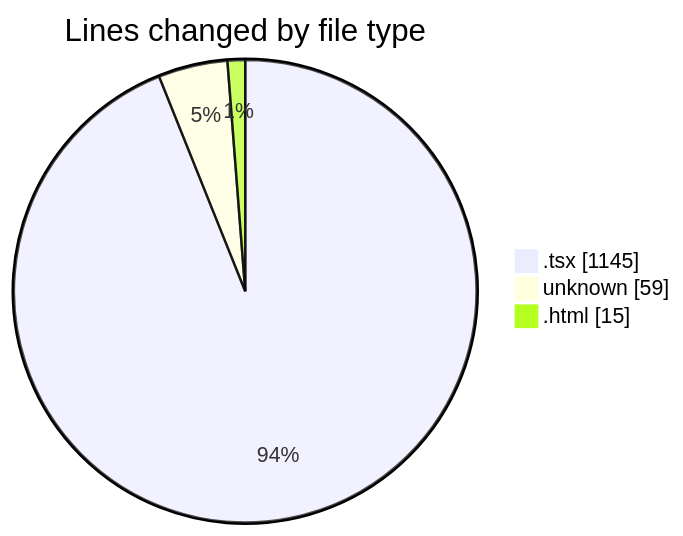
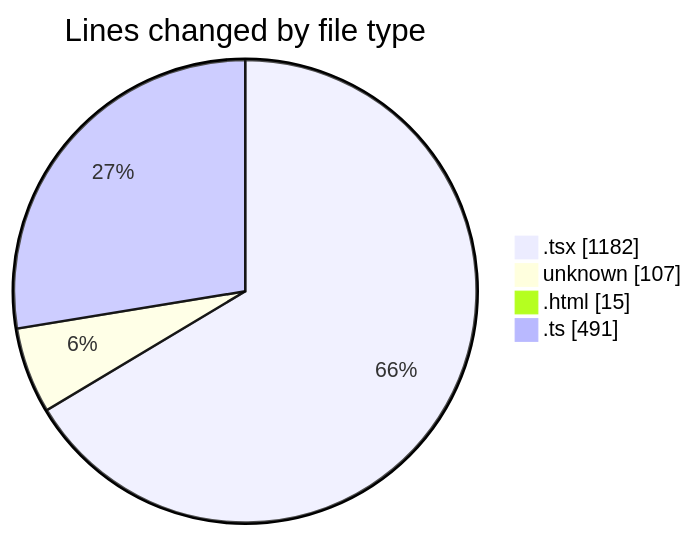
The first of 2 diagrams in 2025-06-23/archive/README.md (JenPaints/code-tracking), drawn with Mermaid before and after one commit. The commit also changed other lines of this file and 1 other file, not shown here.

````diff
--- a/2025-06-23/archive/README.md
+++ b/2025-06-23/archive/README.md
@@ -23,7 +24,8 @@
 ```mermaid
 pie showData
 title Lines changed by file type
-".tsx" : 1145
-"unknown" : 59
+".tsx" : 1182
+"unknown" : 107
 ".html" : 15
+".ts" : 491
 ```
````
